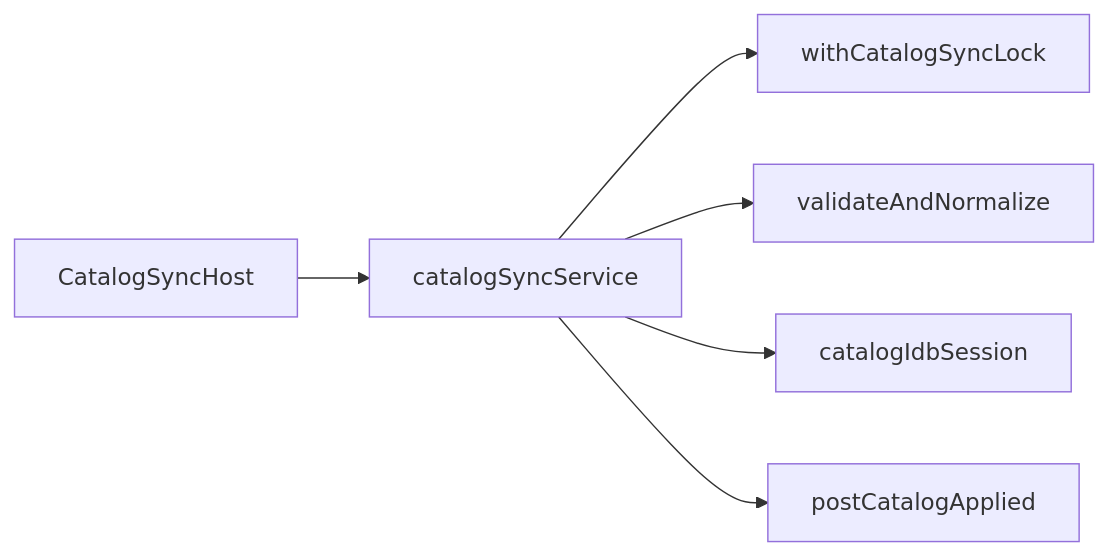
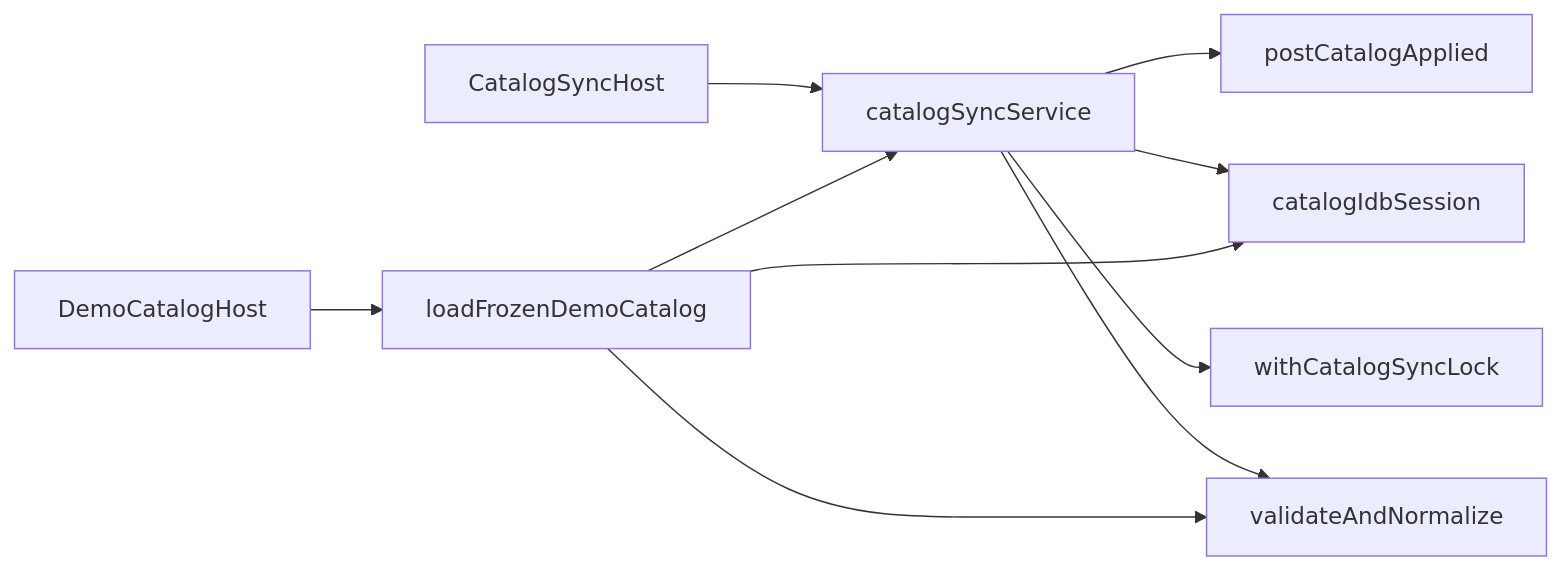
Before and after one commit to iscander-b10/tyres_discs: the diagram in docs/13-code-reference/services.md, drawn with Mermaid. The commit also changed other lines of this file and 70 other files, not shown here.

First line of the commit message:
Add public /demo* catalog with a frozen snapshot and shared bootstrap curtain styling.

````diff
--- a/docs/13-code-reference/services.md
+++ b/docs/13-code-reference/services.md
@@ -152,15 +173,21 @@
 ```mermaid
 flowchart LR
-  Host[CatalogSyncHost]
+  StaffHost[CatalogSyncHost]
+  DemoHost[DemoCatalogHost]
   Svc[catalogSyncService]
+  DemoSvc[loadFrozenDemoCatalog]
   Val[validateAndNormalize]
   Lock[withCatalogSyncLock]
   IDB[catalogIdbSession]
   Ch[postCatalogApplied]
 
-  Host --> Svc
+  StaffHost --> Svc
   Svc --> Lock
   Svc --> Val
   Svc --> IDB
   Svc --> Ch
+  DemoHost --> DemoSvc
+  DemoSvc --> Svc
+  DemoSvc --> Val
+  DemoSvc --> IDB
 ```
````
